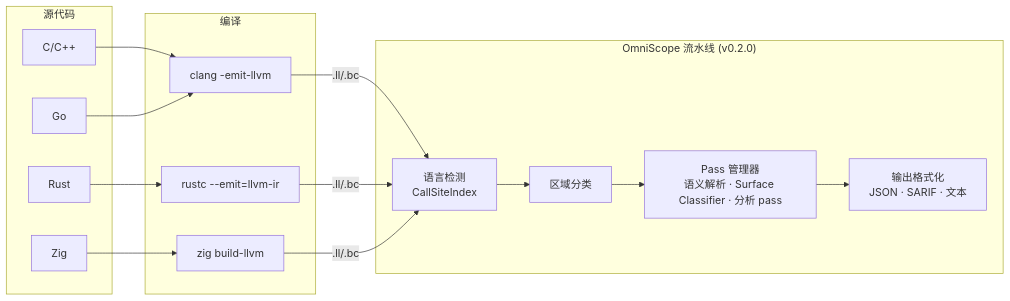
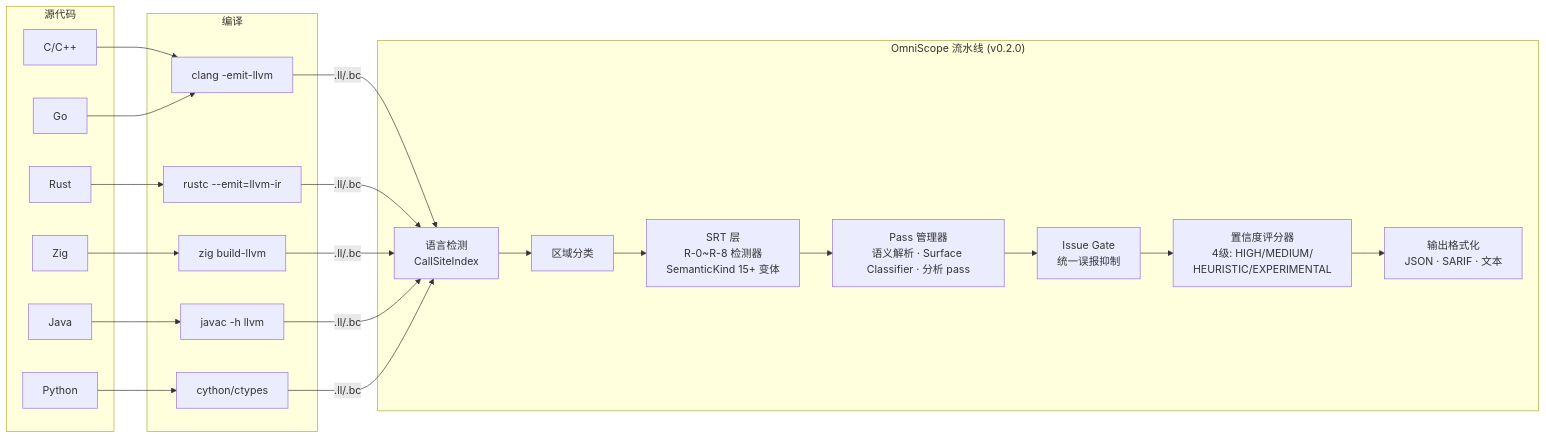
The second of 3 diagrams in README_zh.md (Timwood0x10/OmniScope), drawn with Mermaid before and after one commit. The commit also changed other lines of this file and 6 other files, not shown here.

````diff
--- a/README_zh.md
+++ b/README_zh.md
@@ -152,28 +195,37 @@
 ```mermaid
 flowchart LR
     subgraph Source["源代码"]
         Rust[Rust]
         Cpp[C/C++]
         Zig[Zig]
         Go[Go]
+        Python[Python]
+        Java[Java]
     end
 
     subgraph Compile["编译"]
         C1[clang -emit-llvm]
         C2[rustc --emit=llvm-ir]
         C3[zig build-llvm]
+        C4[javac -h llvm]
+        C5[cython/ctypes]
     end
 
     subgraph Pipeline["OmniScope 流水线 (v0.2.0)"]
         Pre[语言检测<br/>CallSiteIndex]
         ZC[区域分类]
+        SRT[SRT 层<br/>R-0~R-8 检测器<br/>SemanticKind 15+ 变体]
         PM[Pass 管理器<br/>语义解析 · Surface Classifier · 分析 pass]
+        IG[Issue Gate<br/>统一误报抑制]
+        CS[置信度评分器<br/>4级: HIGH/MEDIUM/<br/>HEURISTIC/EXPERIMENTAL]
         Out[输出格式化<br/>JSON · SARIF · 文本]
     end
 
     Rust --> C2
     Cpp --> C1
     Zig --> C3
     Go --> C1
-    C1 & C2 & C3 --> |.ll/.bc| Pre --> ZC --> PM --> Out
+    Python --> C5
+    Java --> C4
+    C1 & C2 & C3 & C4 & C5 --> |.ll/.bc| Pre --> ZC --> SRT --> PM --> IG --> CS --> Out
 ```
````
